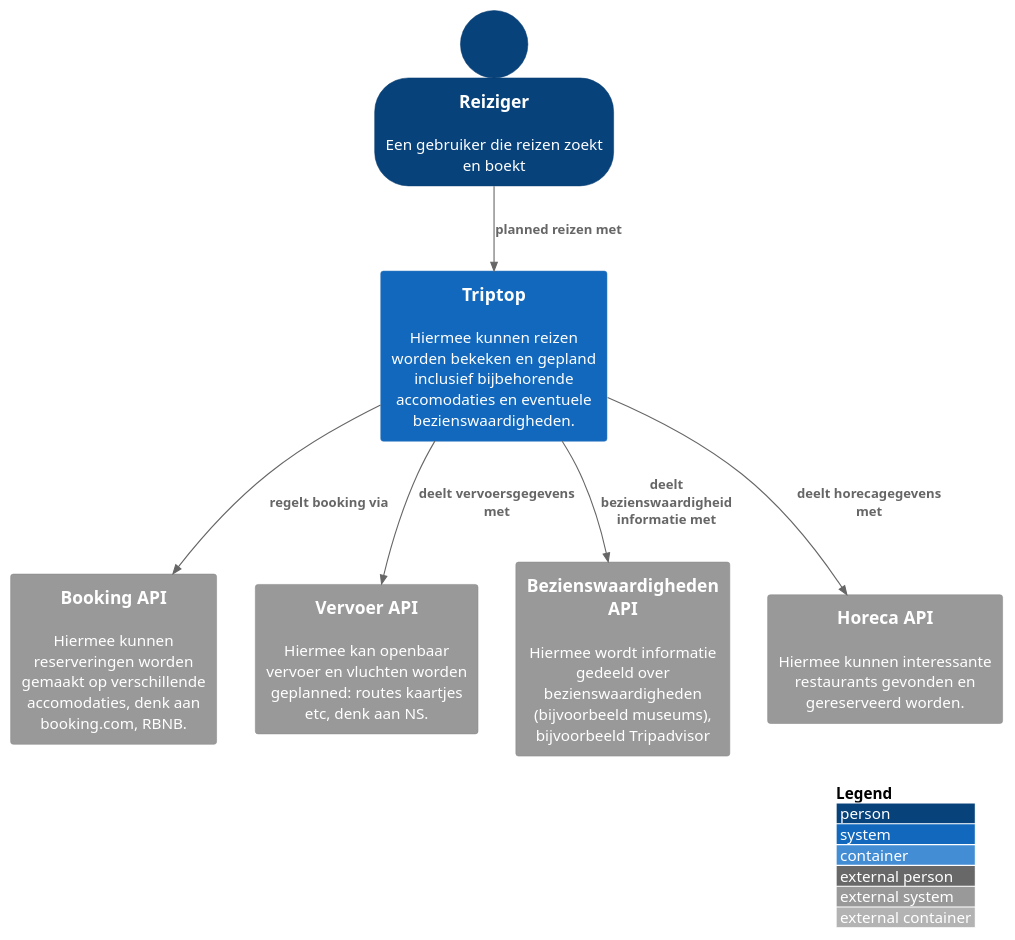
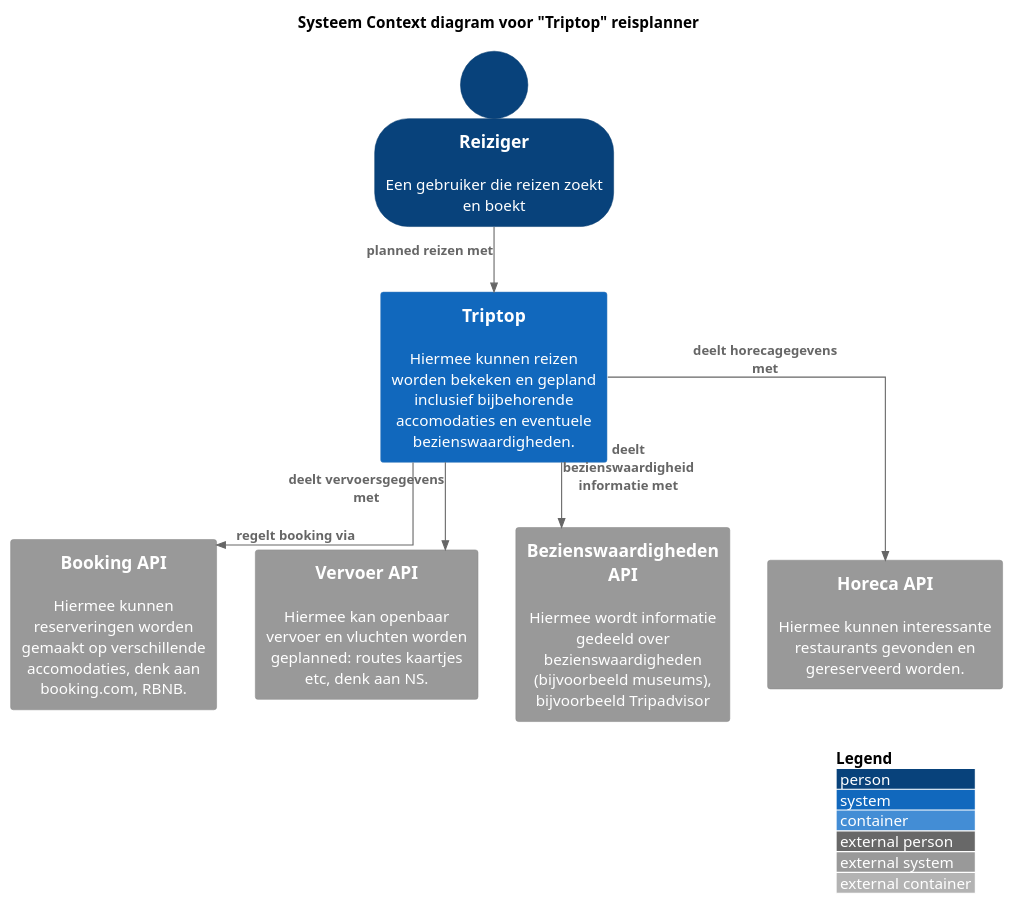
The diagram in opdracht-diagrammen/Context Diagram.puml (AIM-ENE-feb25/triptop-groep-4-afscheidscadeau-voor-juf-kim), drawn with PlantUML before and after one commit.

Commit message:
Toegevoegd Titel + Angepast Lijnen --> recht

```diff
--- a/opdracht-diagrammen/Context Diagram.puml
+++ b/opdracht-diagrammen/Context Diagram.puml
@@ -1,27 +1,31 @@
 @startuml C4_Elements
 !include https://raw.githubusercontent.com/plantuml-stdlib/C4-PlantUML/master/C4_Container.puml
 
+title Systeem Context diagram voor "Triptop" reisplanner
+
 SHOW_PERSON_OUTLINE()
 LAYOUT_WITH_LEGEND()
+
+skinparam linetype ortho
+'skinparam ArrowStyle Dashed
 
 Person(Reiziger, "Reiziger", "Een gebruiker die reizen zoekt en boekt")
 
 System(TriptopApp, "Triptop", "Hiermee kunnen reizen worden bekeken en gepland inclusief bijbehorende accomodaties en eventuele bezienswaardigheden.")
 
 System_Ext(BookingAPI, "Booking API", "Hiermee kunnen reserveringen worden gemaakt op verschillende accomodaties, denk aan booking.com, RBNB.")
 
 System_Ext(VervoerAPI, "Vervoer API", "Hiermee kan openbaar vervoer en vluchten worden geplanned: routes kaartjes etc, denk aan NS.")
 
 System_Ext(BezienswaardigheidAPI, "Bezienswaardigheden API", "Hiermee wordt informatie gedeeld over bezienswaardigheden (bijvoorbeeld museums), bijvoorbeeld Tripadvisor")
 
 System_Ext(HorecaAPI, "Horeca API", "Hiermee kunnen interessante restaurants gevonden en gereserveerd worden.")
 
 
 
-
 Rel(Reiziger, TriptopApp, "planned reizen met")
 Rel(TriptopApp, BookingAPI, "regelt booking via")
 Rel(TriptopApp, VervoerAPI, "deelt vervoersgegevens met")
 Rel(TriptopApp, BezienswaardigheidAPI, "deelt bezienswaardigheid informatie met")
 Rel(TriptopApp, HorecaAPI, "deelt horecagegevens met")
 @enduml
```
